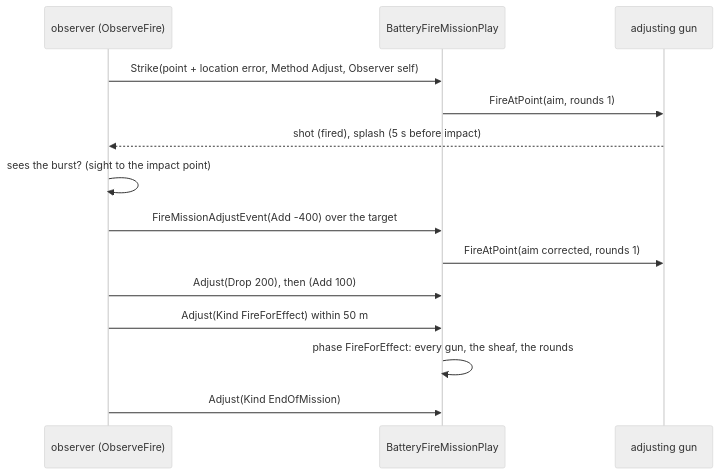
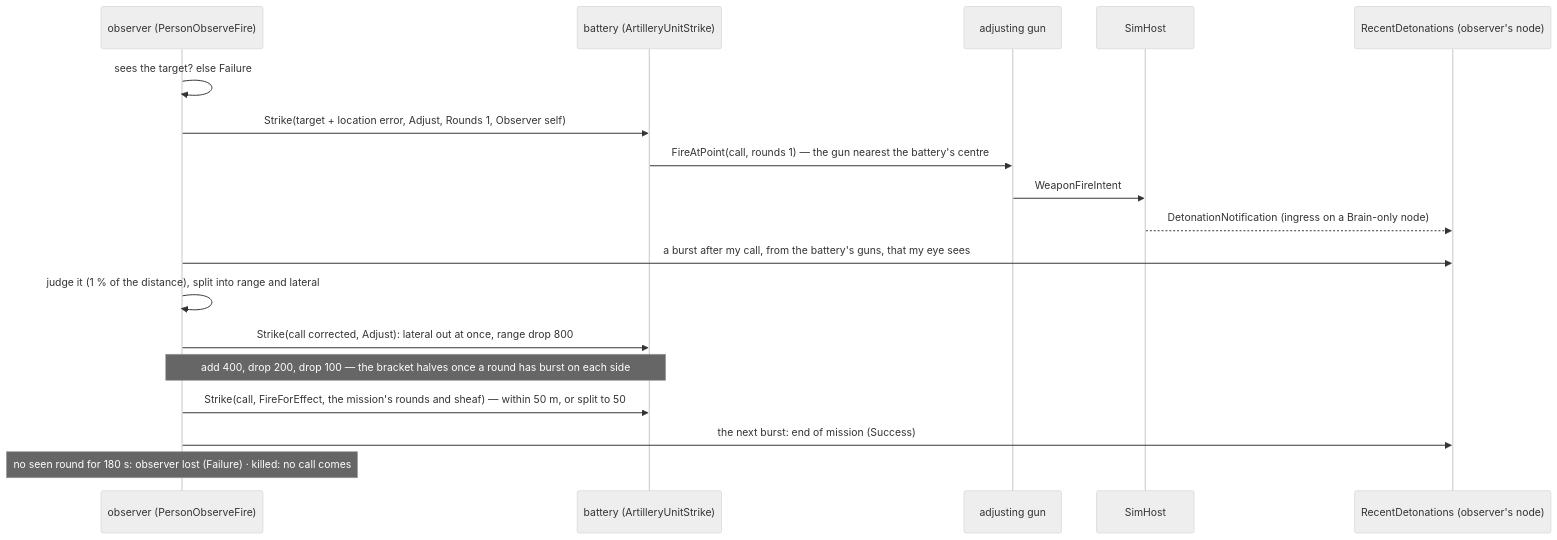
The fifth of 5 diagrams in docs/designs/indirect-fire/DESIGN_Indirect_Fire.md (pjanec/HROT), drawn with Mermaid (neutral theme) before and after one commit. The commit also changed other lines of this file and 13 other files, not shown here.

First line of the commit message:
feat(indirect-fire): IF-3 — the forward observer and adjust fire (CE-2176)

````diff
--- a/docs/designs/indirect-fire/DESIGN_Indirect_Fire.md
+++ b/docs/designs/indirect-fire/DESIGN_Indirect_Fire.md
@@ -211,16 +223,20 @@
 ```mermaid
 sequenceDiagram
-  participant O as observer (ObserveFire)
-  participant P as BatteryFireMissionPlay
+  participant O as observer (PersonObserveFire)
+  participant P as battery (ArtilleryUnitStrike)
   participant A as adjusting gun
-  O->>P: Strike(point + location error, Method Adjust, Observer self)
-  P->>A: FireAtPoint(aim, rounds 1)
-  A-->>O: shot (fired), splash (5 s before impact)
-  O->>O: sees the burst? (sight to the impact point)
-  O->>P: FireMissionAdjustEvent(Add -400) over the target
-  P->>A: FireAtPoint(aim corrected, rounds 1)
-  O->>P: Adjust(Drop 200), then (Add 100)
-  O->>P: Adjust(Kind FireForEffect) within 50 m
-  P->>P: phase FireForEffect: every gun, the sheaf, the rounds
-  O->>P: Adjust(Kind EndOfMission)
+  participant S as SimHost
+  participant M as RecentDetonations (observer's node)
+  O->>O: sees the target? else Failure
+  O->>P: Strike(target + location error, Adjust, Rounds 1, Observer self)
+  P->>A: FireAtPoint(call, rounds 1) — the gun nearest the battery's centre
+  A->>S: WeaponFireIntent
+  S-->>M: DetonationNotification (ingress on a Brain-only node)
+  O->>M: a burst after my call, from the battery's guns, that my eye sees
+  O->>O: judge it (1 % of the distance), split into range and lateral
+  O->>P: Strike(call corrected, Adjust): lateral out at once, range drop 800
+  Note over O,P: add 400, drop 200, drop 100 — the bracket halves once a round has burst on each side
+  O->>P: Strike(call, FireForEffect, the mission's rounds and sheaf) — within 50 m, or split to 50
+  O->>M: the next burst: end of mission (Success)
+  Note over O: no seen round for 180 s: observer lost (Failure) · killed: no call comes
 ```
````
